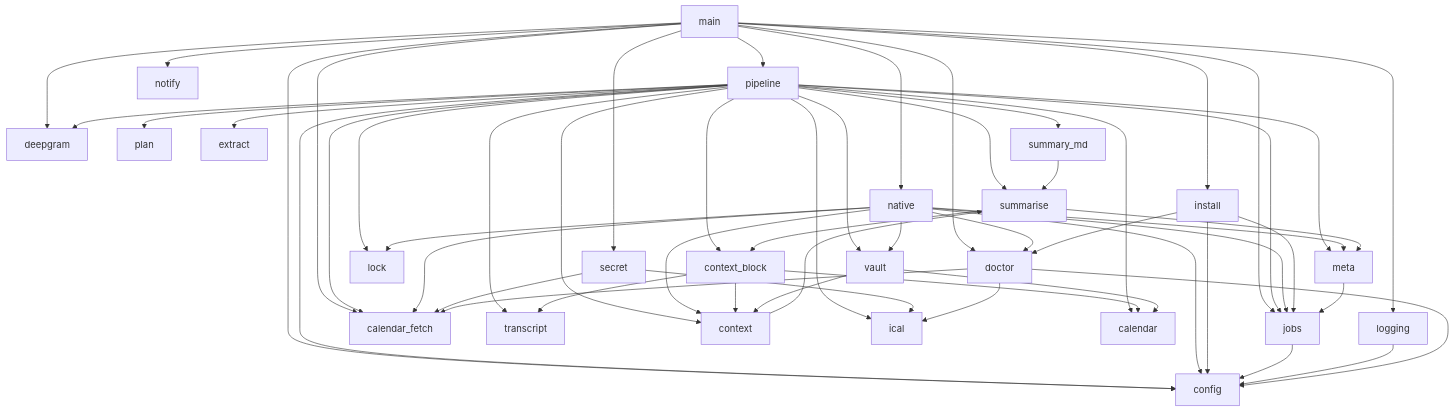
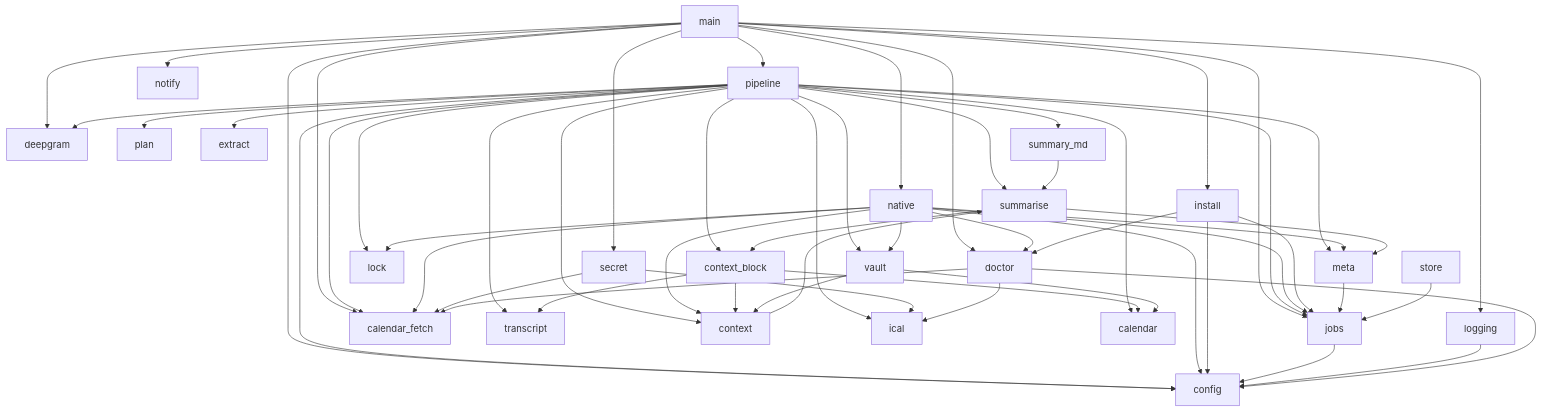
The diagram in docs/tool.md (masnun-siam/meeting-manager), drawn with Mermaid before and after one commit. The commit also changed other lines of this file, not shown here.

Commit message:
docs(#137): describe the notes store

````diff
--- a/docs/tool.md
+++ b/docs/tool.md
@@ -61,19 +62,20 @@
 ```mermaid
 flowchart TD
     main --> pipeline & native & install & doctor & notify & logging & secret & deepgram & jobs & config & calendar_fetch
     pipeline --> plan & extract & deepgram & transcript & summarise & summary_md & vault & meta & jobs & lock & config
     pipeline --> context & calendar_fetch & ical & calendar & context_block
     native --> jobs & lock & doctor & config & vault & meta & context & calendar_fetch
     secret --> calendar_fetch & ical
     context --> summarise
     summarise --> context_block
     context_block --> context & calendar & transcript
     install --> doctor & jobs & config
     summary_md --> summarise
     summarise --> meta
     meta --> jobs
+    store --> jobs
     jobs --> config
     logging --> config
     vault --> calendar & context
     doctor --> config & calendar_fetch & ical
 ```
````
